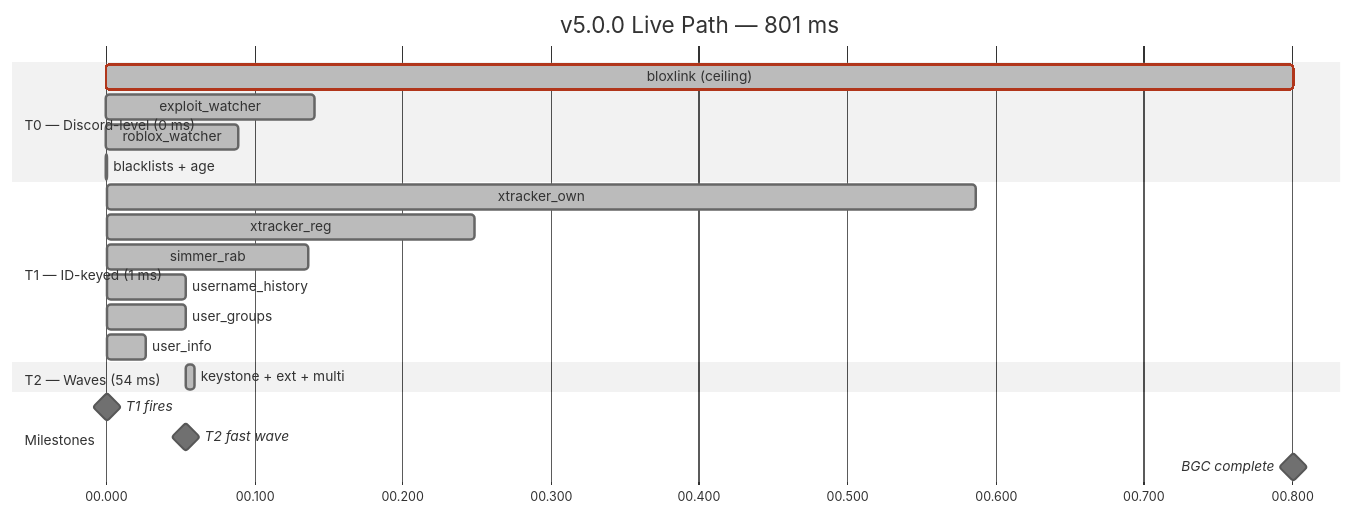
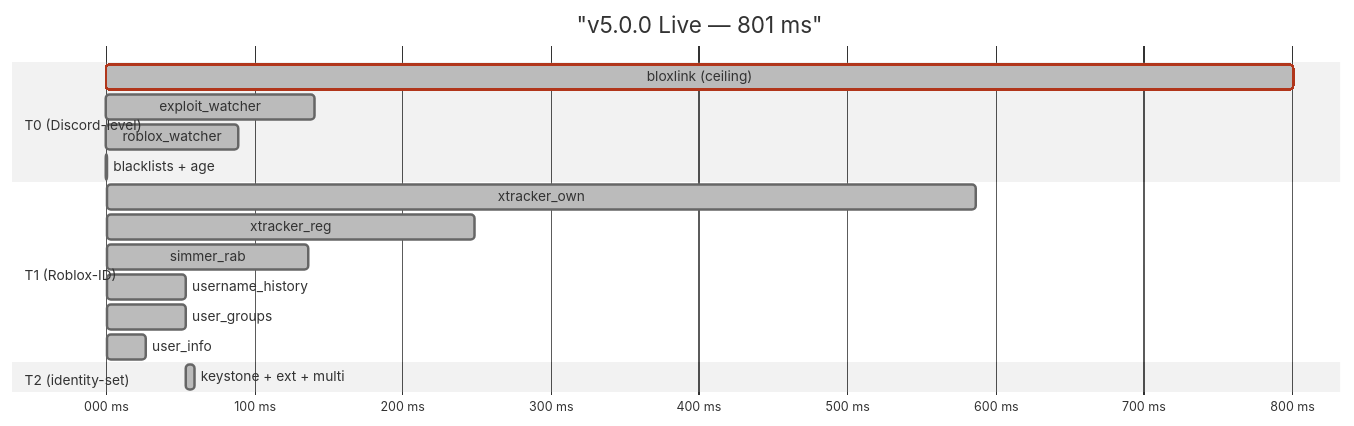
One commit to pizzarobloxh/bgc-bot changed the ninth of 11 diagrams in operating_documents.md. Above: the diagram before and after it, drawn with Mermaid (neutral theme). The commit also changed other lines of this file, not shown here.

````diff
--- a/operating_documents.md
+++ b/operating_documents.md
@@ -129,29 +358,24 @@
 ```mermaid
 gantt
-    title v5.0.0 Live Path — 801 ms
+    title "v5.0.0 Live — 801 ms"
     dateFormat x
-    axisFormat %S.%L
+    axisFormat %L ms
     todayMarker off
 
-    section T0 — Discord-level (0 ms)
-    bloxlink (ceiling)      :crit, done,  t_bl,  0,   801ms
-    exploit_watcher         :done,        t_ew,  0,   141ms
-    roblox_watcher          :done,        t_rw,  0,    89ms
-    blacklists + age        :done,        t_bl2, 0,     1ms
+    section T0 (Discord-level)
+    bloxlink (ceiling)     :crit, done, b, 0, 801ms
+    exploit_watcher        :done,        e, 0, 141ms
+    roblox_watcher         :done,        r, 0, 89ms
+    blacklists + age       :done,        x, 0, 1ms
 
-    section T1 — ID-keyed (1 ms)
-    xtracker_own            :done,        t_xo,  1,   586ms
-    xtracker_reg            :done,        t_xr,  1,   248ms
-    simmer_rab              :done,        t_sr,  1,   136ms
-    username_history        :done,        t_uh,  1,    53ms
-    user_groups             :done,        t_ug,  1,    53ms
-    user_info               :done,        t_ui,  1,    26ms
+    section T1 (Roblox-ID)
+    xtracker_own           :done,        o, 1, 586ms
+    xtracker_reg           :done,        g, 1, 248ms
+    simmer_rab             :done,        s, 1, 136ms
+    username_history       :done,        h, 1, 53ms
+    user_groups            :done,        u, 1, 53ms
+    user_info              :done,        i, 1, 26ms
 
-    section T2 — Waves (54 ms)
-    keystone + ext + multi  :done,        t_t2,  54,    6ms
-
-    section Milestones
-    T1 fires                :milestone,   m1,    1,     0ms
-    T2 fast wave            :milestone,   m2,   54,     0ms
-    BGC complete            :milestone,   m3,  801,     0ms
+    section T2 (identity-set)
+    keystone + ext + multi :done,        t, 54, 6ms
 ```
````
